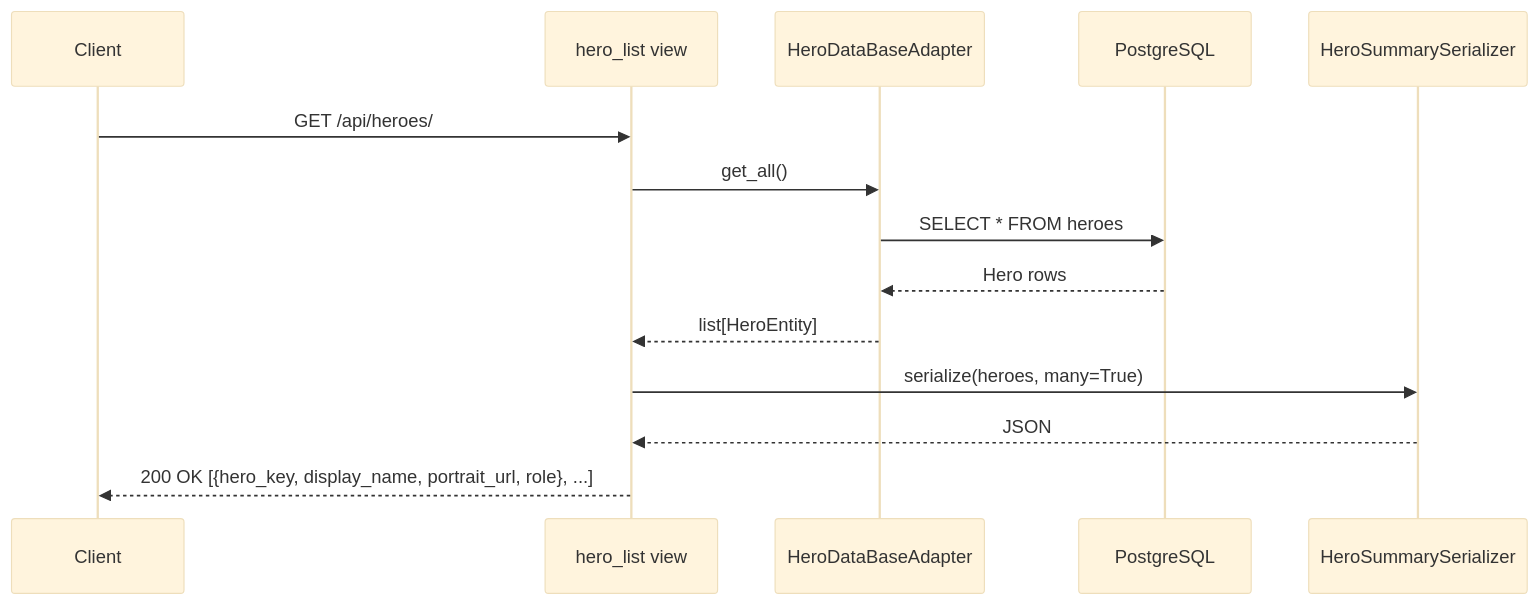
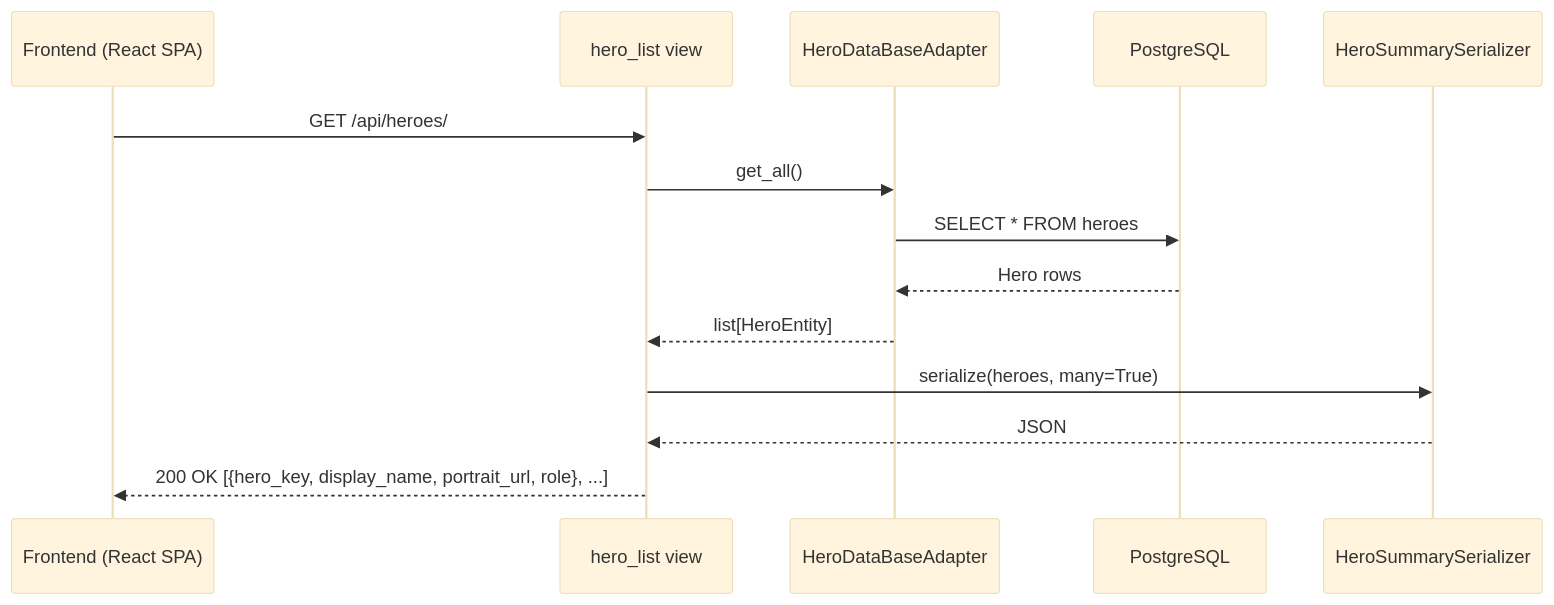
Before and after one commit to FabianReinelt-stud/OverwatchTeamUp: the fourth of 5 diagrams in docs/architecture/arc42.md, drawn with Mermaid (base theme). The commit also changed other lines of this file, not shown here.

````diff
--- a/docs/architecture/arc42.md
+++ b/docs/architecture/arc42.md
@@ -199,17 +228,17 @@
 ```mermaid
 sequenceDiagram
-    participant Client as Client
+    participant Client as Frontend (React SPA)
     participant View as hero_list view
     participant HDBA as HeroDataBaseAdapter
     participant DB as PostgreSQL
     participant Ser as HeroSummarySerializer
 
     Client->>View: GET /api/heroes/
     View->>HDBA: get_all()
     HDBA->>DB: SELECT * FROM heroes
     DB-->>HDBA: Hero rows
     HDBA-->>View: list[HeroEntity]
     View->>Ser: serialize(heroes, many=True)
     Ser-->>View: JSON
     View-->>Client: 200 OK [{hero_key, display_name, portrait_url, role}, ...]
 ```
````
